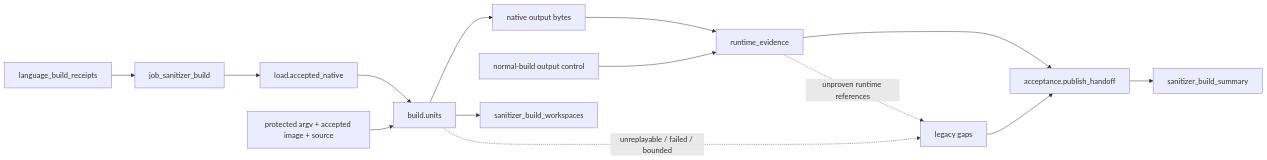
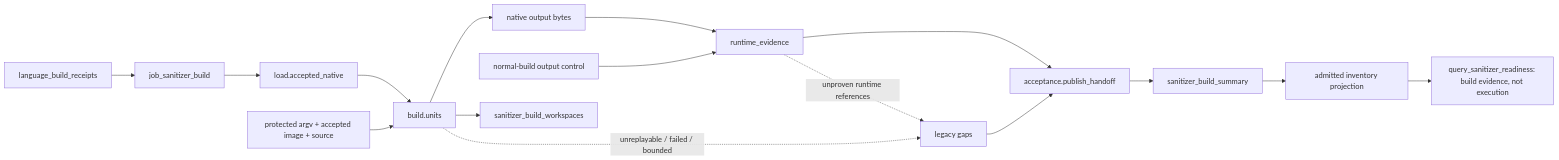
The second of 2 diagrams in docs/operations/job_sanitizer_build.md (wsollers/appsec-review), drawn with Mermaid before and after one commit. The commit also changed other lines of this file and 11 other files, not shown here.

First line of the commit message:
Publish admitted per-unit sanitizer readiness through inventory

````diff
--- a/docs/operations/job_sanitizer_build.md
+++ b/docs/operations/job_sanitizer_build.md
@@ -190,16 +194,18 @@
 ```mermaid
 flowchart LR
   accepted["language_build_receipts"] --> job["job_sanitizer_build"]
   job --> select["load.accepted_native"]
   select --> rebuild["build.units"]
   protected["protected argv + accepted image + source"] --> rebuild
   rebuild --> outputs["native output bytes"]
   outputs --> evidence["runtime_evidence"]
   normal["normal-build output control"] --> evidence
   evidence --> summary["acceptance.publish_handoff"]
   summary --> published["sanitizer_build_summary"]
+  published --> index["admitted inventory projection"]
+  index --> readiness["query_sanitizer_readiness: build evidence, not execution"]
   rebuild --> work["sanitizer_build_workspaces"]
   rebuild -. "unreplayable / failed / bounded" .-> gaps["legacy gaps"]
   evidence -. "unproven runtime references" .-> gaps
   gaps --> summary
 ```
````
